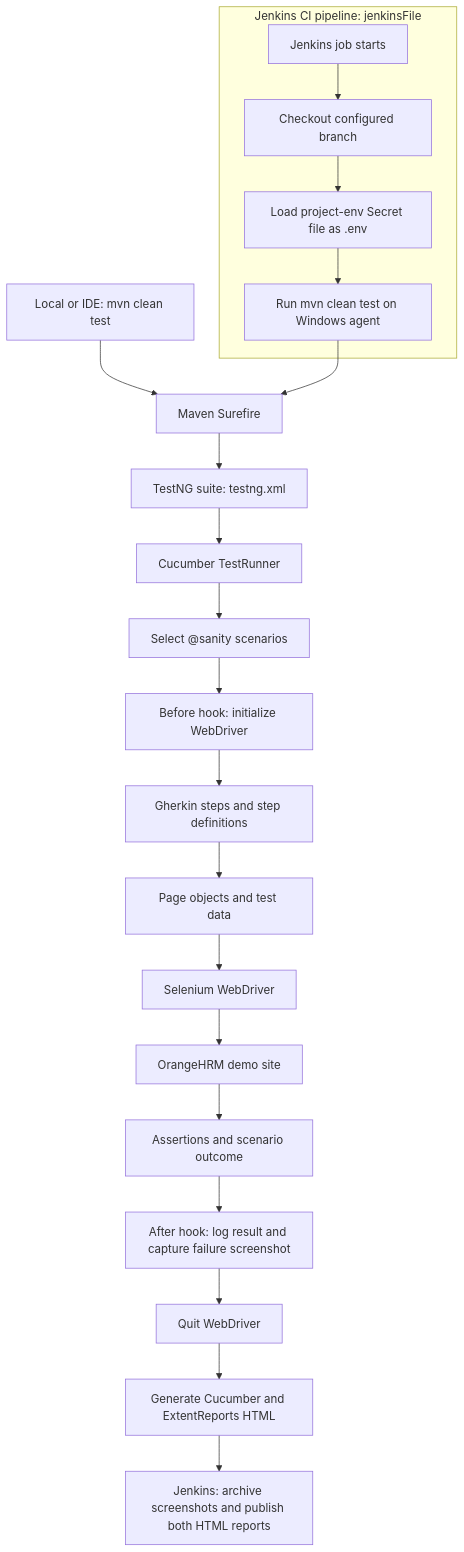
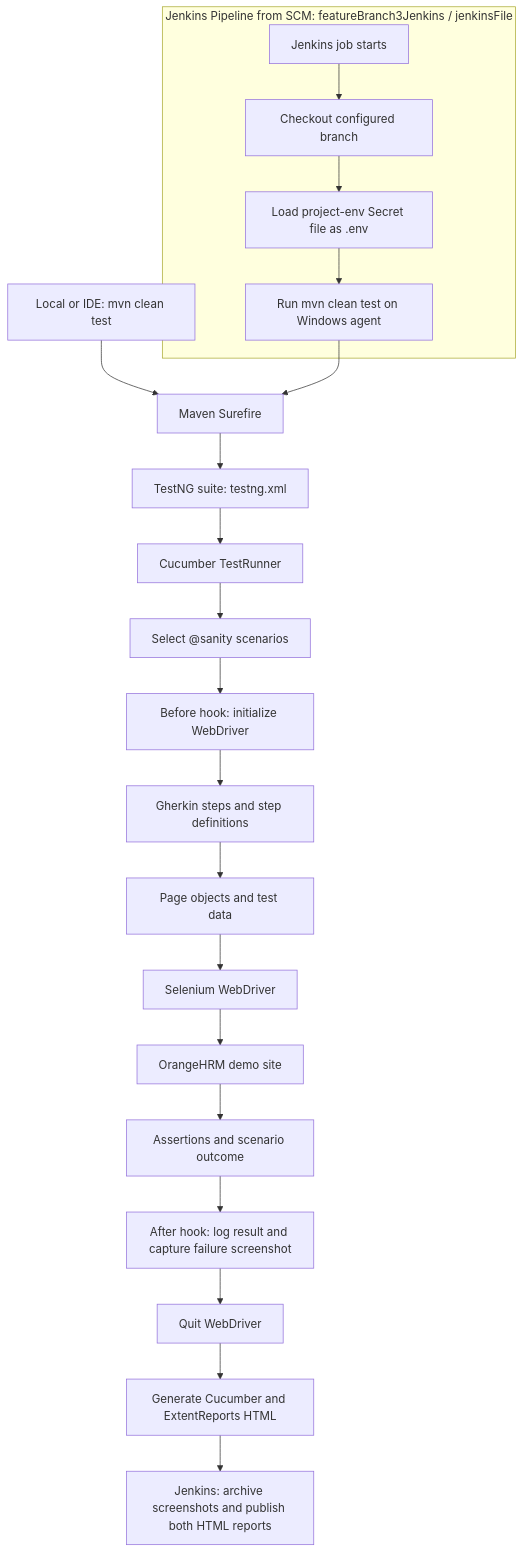
Before and after one commit to Sameer-Programmer/2026_Enterprise_DEMO_BDD_Project: the first of 2 diagrams in README.md, drawn with Mermaid. The commit also changed other lines of this file, not shown here.

Commit message:
docs: document Jenkins job setup for feature branch

````diff
--- a/README.md
+++ b/README.md
@@ -150,23 +164,23 @@
 ```mermaid
 flowchart TD
     Local[Local or IDE: mvn clean test] --> Surefire[Maven Surefire]
-    subgraph CI[Jenkins CI pipeline: jenkinsFile]
+    subgraph CI[Jenkins Pipeline from SCM: featureBranch3Jenkins / jenkinsFile]
         Trigger[Jenkins job starts] --> Checkout[Checkout configured branch]
         Checkout --> Env[Load project-env Secret file as .env]
         Env --> JenkinsTest[Run mvn clean test on Windows agent]
     end
     JenkinsTest --> Surefire
     Surefire --> TestNG[TestNG suite: testng.xml]
     TestNG --> Runner[Cucumber TestRunner]
     Runner --> Tags[Select @sanity scenarios]
     Tags --> Hooks[Before hook: initialize WebDriver]
     Hooks --> Steps[Gherkin steps and step definitions]
     Steps --> Pages[Page objects and test data]
     Pages --> Browser[Selenium WebDriver]
     Browser --> App[OrangeHRM demo site]
     App --> Outcome[Assertions and scenario outcome]
     Outcome --> After[After hook: log result and capture failure screenshot]
     After --> Quit[Quit WebDriver]
     Quit --> Reports[Generate Cucumber and ExtentReports HTML]
     Reports --> Archive[Jenkins: archive screenshots and publish both HTML reports]
 ```
````
